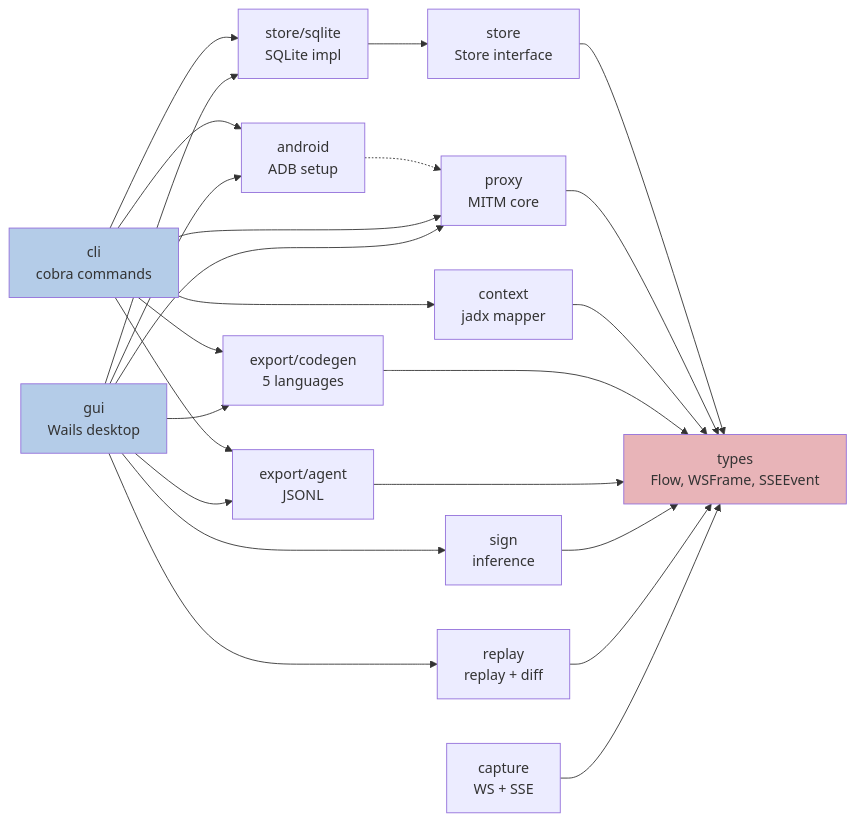
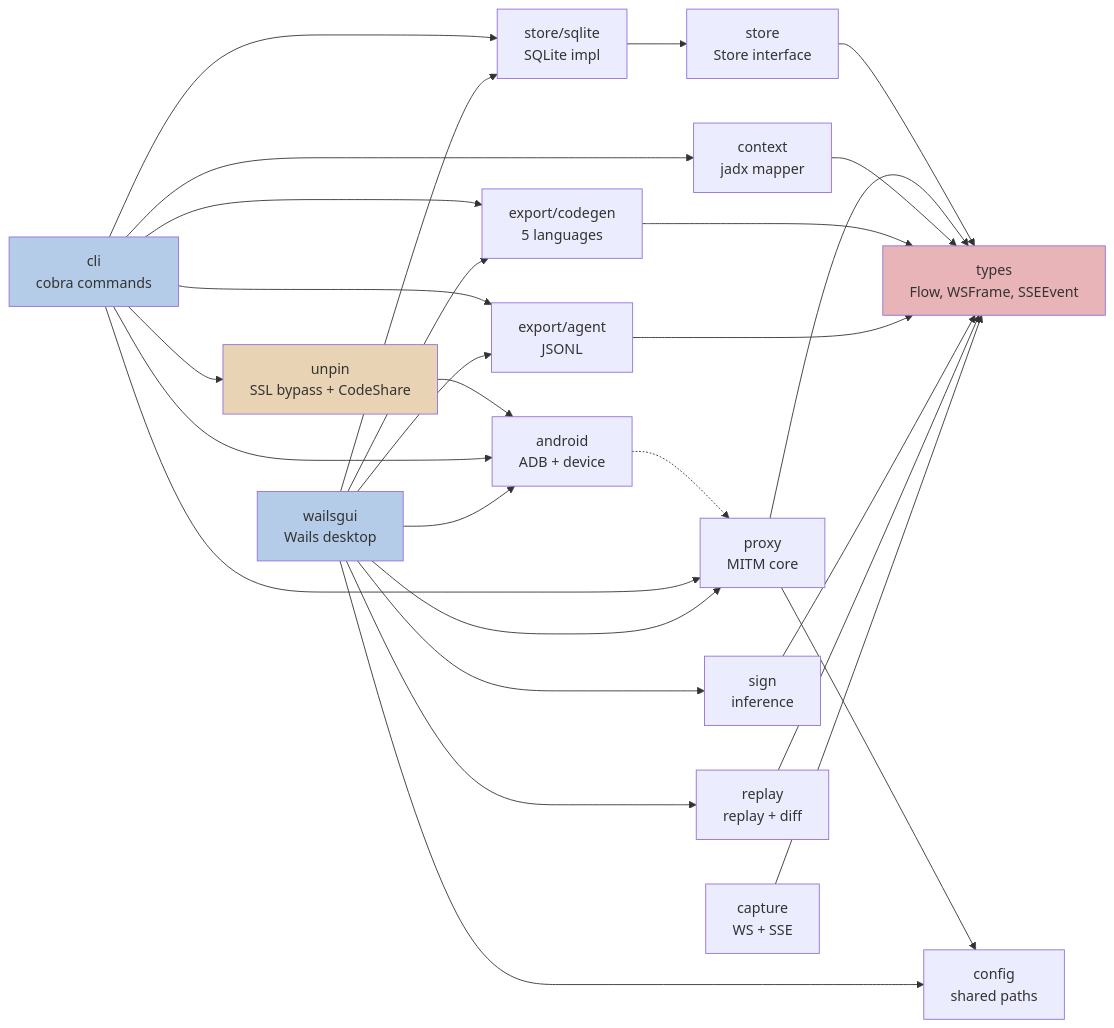
Before and after one commit to overkazaf/cap: the third of 3 diagrams in README.md, drawn with Mermaid. The commit also changed other lines of this file and 2 other files, not shown here.

First line of the commit message:
docs: update architecture diagram and feature tables for unpin/codeshare

````diff
--- a/README.md
+++ b/README.md
@@ -139,32 +151,36 @@
 ```mermaid
 flowchart LR
     types["types<br/>Flow, WSFrame, SSEEvent"]
+    config["config<br/>shared paths"]
     store["store<br/>Store interface"]
     sqlite["store/sqlite<br/>SQLite impl"]
     proxy["proxy<br/>MITM core"]
-    android["android<br/>ADB setup"]
+    android["android<br/>ADB + device"]
+    unpin["unpin<br/>SSL bypass + CodeShare"]
     context["context<br/>jadx mapper"]
     codegen["export/codegen<br/>5 languages"]
     agent["export/agent<br/>JSONL"]
     sign["sign<br/>inference"]
     replay["replay<br/>replay + diff"]
     capture["capture<br/>WS + SSE"]
     cli["cli<br/>cobra commands"]
-    gui["gui<br/>Wails desktop"]
+    wailsgui["wailsgui<br/>Wails desktop"]
 
     sqlite --> store --> types
-    proxy --> types
+    proxy --> types & config
     android -.-> proxy
+    unpin --> android
     context --> types
     codegen --> types
     agent --> types
     sign --> types
     replay --> types
     capture --> types
-    cli --> proxy & sqlite & codegen & agent & android & context
-    gui --> proxy & sqlite & codegen & agent & android & sign & replay
+    cli --> proxy & sqlite & codegen & agent & android & context & unpin
+    wailsgui --> proxy & sqlite & codegen & agent & android & sign & replay & config
 
     style types fill:#e8b4b8
     style cli fill:#b4cce8
-    style gui fill:#b4cce8
+    style wailsgui fill:#b4cce8
+    style unpin fill:#e8d4b4
 ```
````
